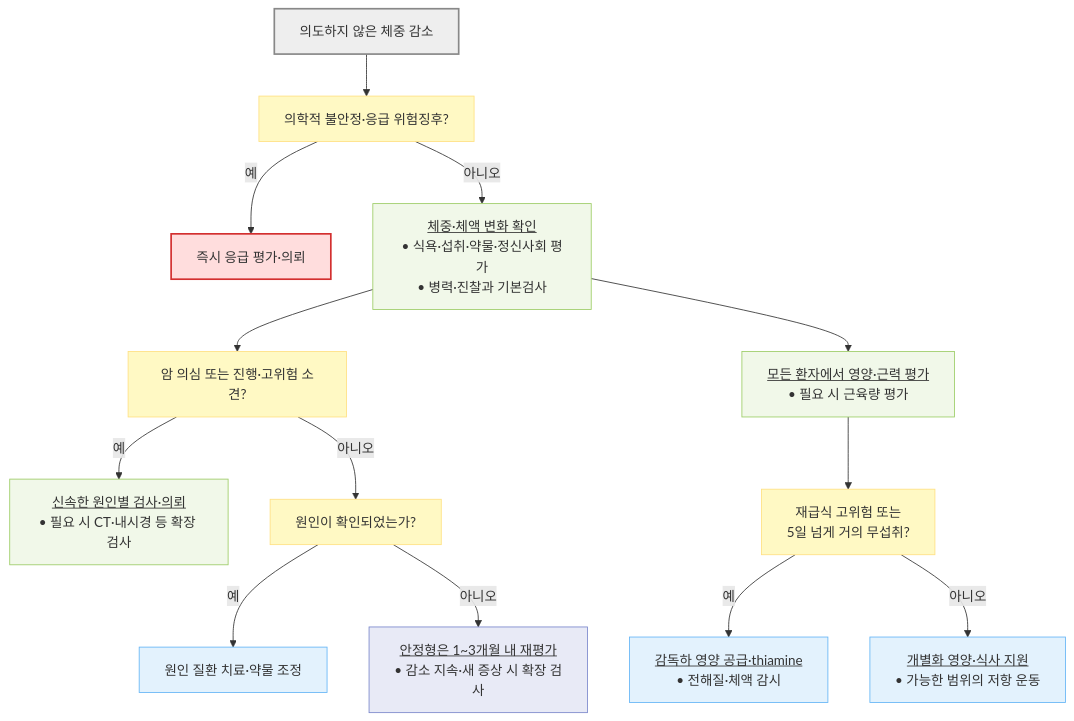
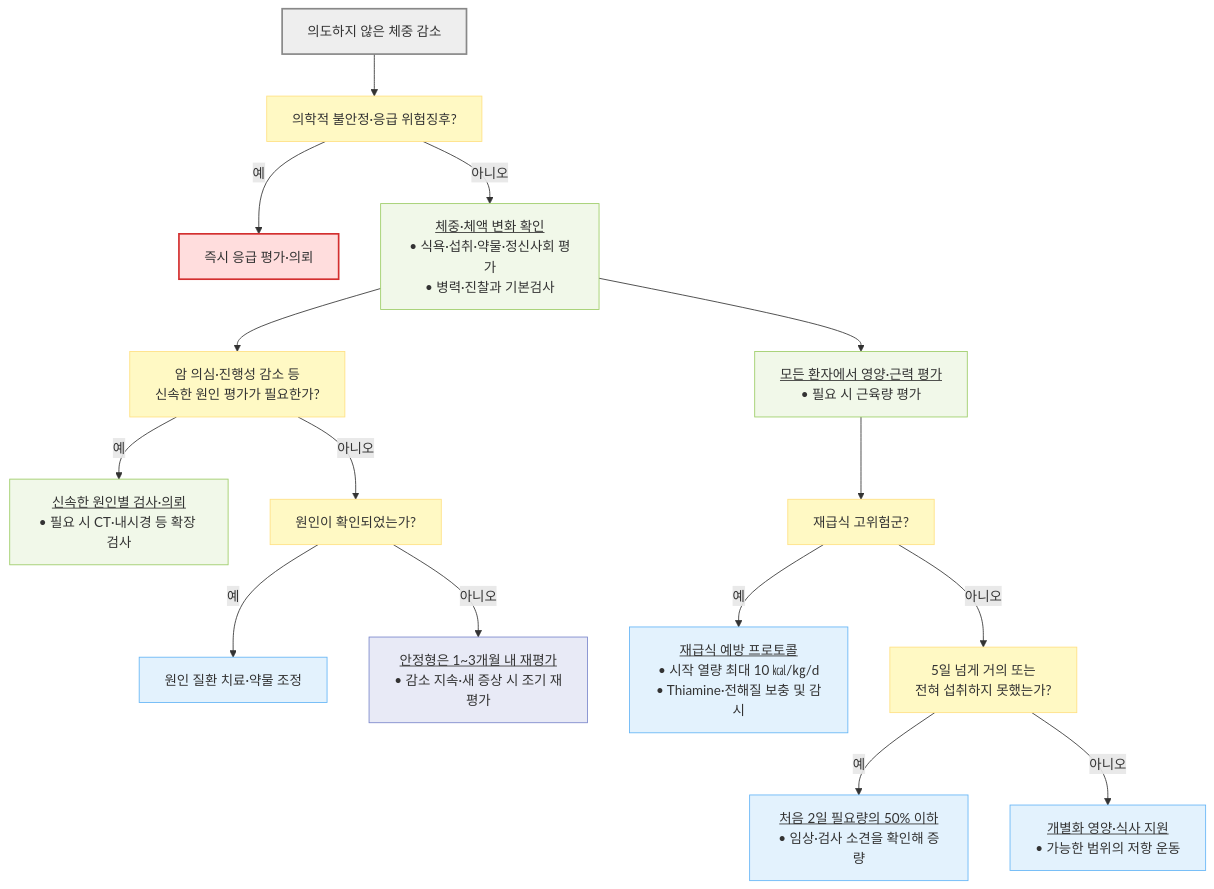
The diagram in 220_/013_-weight-loss.md (familyoh77/familyoh77), drawn with Mermaid before and after one commit. The commit also changed other lines of this file and 1 other file, not shown here.

````diff
--- a/220_/013_-weight-loss.md
+++ b/220_/013_-weight-loss.md
@@ -168,28 +170,30 @@
 ```mermaid
 flowchart TD
     A["의도하지 않은 체중 감소"] --> B["의학적 불안정·응급 위험징후?"]
     B -- "예" --> C["즉시 응급 평가·의뢰"]
     B -- "아니오" --> D["<u>체중·체액 변화 확인</u><br/>• 식욕·섭취·약물·정신사회 평가<br/>• 병력·진찰과 기본검사"]
-    D --> E["암 의심 또는 진행·고위험 소견?"]
+    D --> E["암 의심·진행성 감소 등<br/>신속한 원인 평가가 필요한가?"]
     E -- "예" --> F["<u>신속한 원인별 검사·의뢰</u><br/>• 필요 시 CT·내시경 등 확장 검사"]
     E -- "아니오" --> G["원인이 확인되었는가?"]
     G -- "예" --> H["원인 질환 치료·약물 조정"]
-    G -- "아니오" --> I["<u>안정형은 1~3개월 내 재평가</u><br/>• 감소 지속·새 증상 시 확장 검사"]
+    G -- "아니오" --> I["<u>안정형은 1~3개월 내 재평가</u><br/>• 감소 지속·새 증상 시 조기 재평가"]
     D --> J["<u>모든 환자에서 영양·근력 평가</u><br/>• 필요 시 근육량 평가"]
-    J --> K["재급식 고위험 또는<br/>5일 넘게 거의 무섭취?"]
-    K -- "예" --> L["<u>감독하 영양 공급·thiamine</u><br/>• 전해질·체액 감시"]
-    K -- "아니오" --> M["<u>개별화 영양·식사 지원</u><br/>• 가능한 범위의 저항 운동"]
+    J --> K["재급식 고위험군?"]
+    K -- "예" --> L["<u>재급식 예방 프로토콜</u><br/>• 시작 열량 최대 10 ㎉/㎏/d<br/>• Thiamine·전해질 보충 및 감시"]
+    K -- "아니오" --> N["5일 넘게 거의 또는<br/>전혀 섭취하지 못했는가?"]
+    N -- "예" --> O["<u>처음 2일 필요량의 50% 이하</u><br/>• 임상·검사 소견을 확인해 증량"]
+    N -- "아니오" --> M["<u>개별화 영양·식사 지원</u><br/>• 가능한 범위의 저항 운동"]
 
     classDef start fill:#eeeeee,stroke:#888888,stroke-width:2px
     classDef question fill:#fff9c4,stroke:#ffe082
     classDef emergency fill:#ffdddd,stroke:#d32f2f,stroke-width:2px
     classDef evaluation fill:#f1f8e9,stroke:#9ccc65
     classDef treatment fill:#e3f2fd,stroke:#64b5f6
     classDef followup fill:#e8eaf6,stroke:#7986cb
     class A start
-    class B,E,G,K question
+    class B,E,G,K,N question
     class C emergency
     class D,F,J evaluation
-    class H,L,M treatment
+    class H,L,M,O treatment
     class I followup
 ```
````
